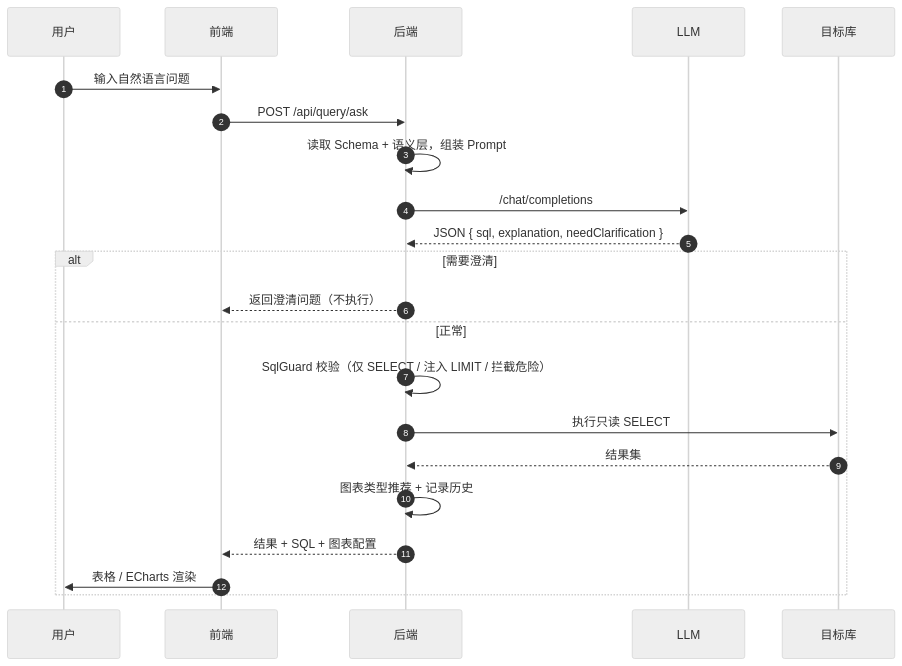
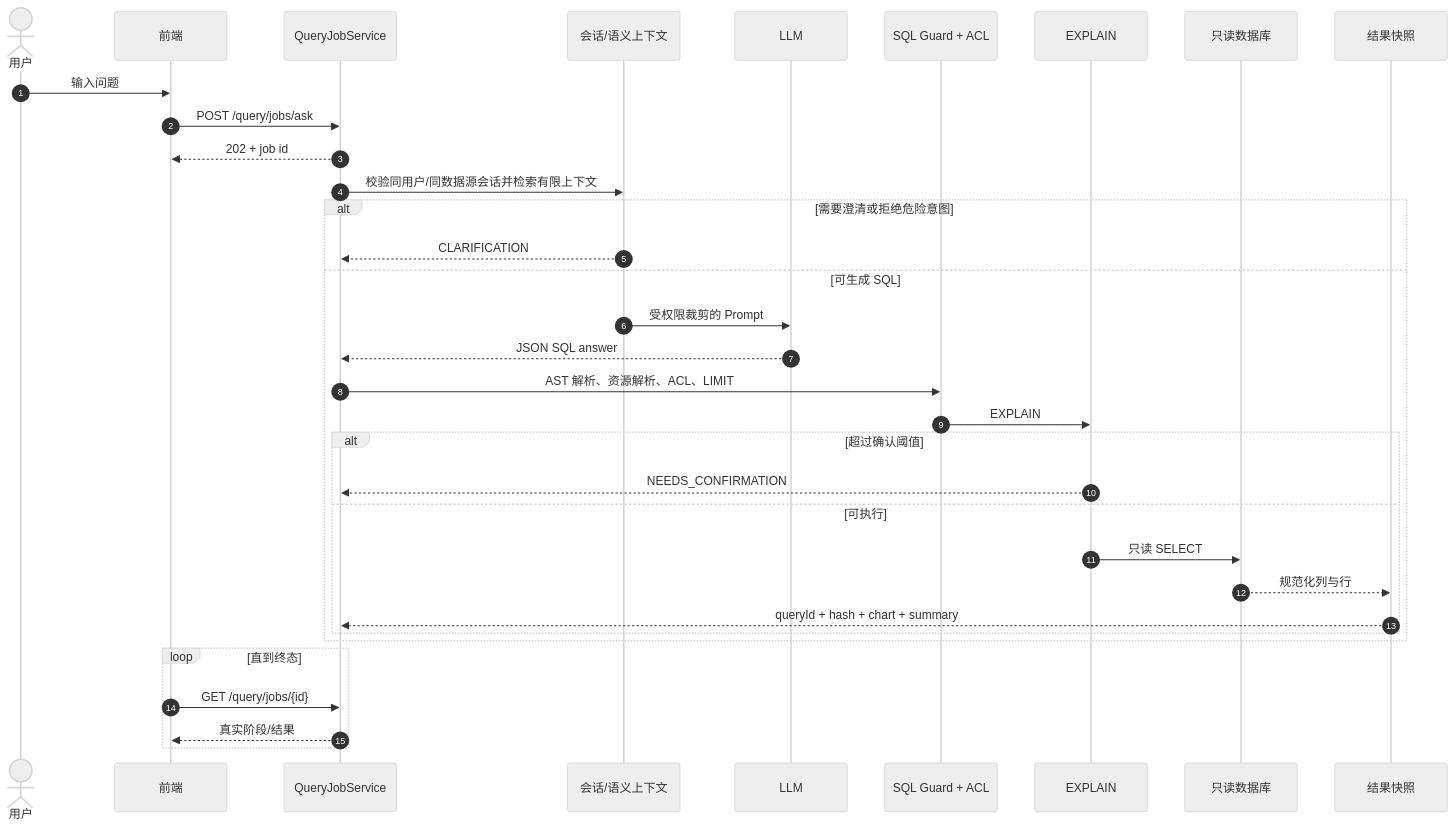
One commit to Hou-mingyuan/chatbi-copilot changed the second of 4 diagrams in docs/architecture.md. Above: the diagram before and after it, drawn with Mermaid (neutral theme). The commit also changed other lines of this file and 243 other files, not shown here.

````diff
--- a/docs/architecture.md
+++ b/docs/architecture.md
@@ -33,25 +34,37 @@
 ```mermaid
 sequenceDiagram
   autonumber
-  participant U as 用户
+  actor U as 用户
   participant F as 前端
-  participant B as 后端
+  participant J as QueryJobService
+  participant C as 会话/语义上下文
   participant L as LLM
-  participant D as 目标库
+  participant G as SQL Guard + ACL
+  participant P as EXPLAIN
+  participant D as 只读数据库
+  participant S as 结果快照
 
-  U->>F: 输入自然语言问题
-  F->>B: POST /api/query/ask
-  B->>B: 读取 Schema + 语义层，组装 Prompt
-  B->>L: /chat/completions
-  L-->>B: JSON { sql, explanation, needClarification }
-  alt 需要澄清
-    B-->>F: 返回澄清问题（不执行）
-  else 正常
-    B->>B: SqlGuard 校验（仅 SELECT / 注入 LIMIT / 拦截危险）
-    B->>D: 执行只读 SELECT
-    D-->>B: 结果集
-    B->>B: 图表类型推荐 + 记录历史
-    B-->>F: 结果 + SQL + 图表配置
-    F->>U: 表格 / ECharts 渲染
+  U->>F: 输入问题
+  F->>J: POST /query/jobs/ask
+  J-->>F: 202 + job id
+  J->>C: 校验同用户/同数据源会话并检索有限上下文
+  alt 需要澄清或拒绝危险意图
+    C-->>J: CLARIFICATION
+  else 可生成 SQL
+    C->>L: 受权限裁剪的 Prompt
+    L-->>J: JSON SQL answer
+    J->>G: AST 解析、资源解析、ACL、LIMIT
+    G->>P: EXPLAIN
+    alt 超过确认阈值
+      P-->>J: NEEDS_CONFIRMATION
+    else 可执行
+      P->>D: 只读 SELECT
+      D-->>S: 规范化列与行
+      S-->>J: queryId + hash + chart + summary
+    end
+  end
+  loop 直到终态
+    F->>J: GET /query/jobs/{id}
+    J-->>F: 真实阶段/结果
   end
 ```
````
